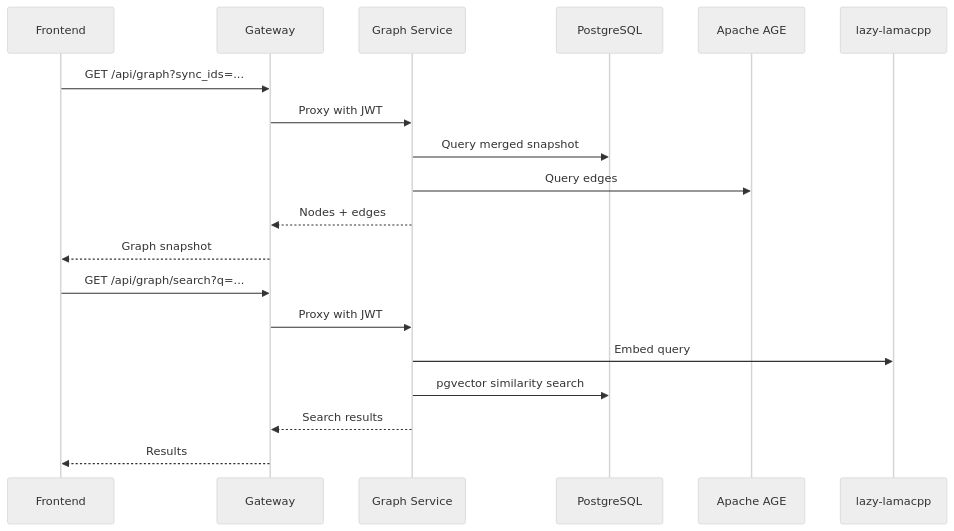
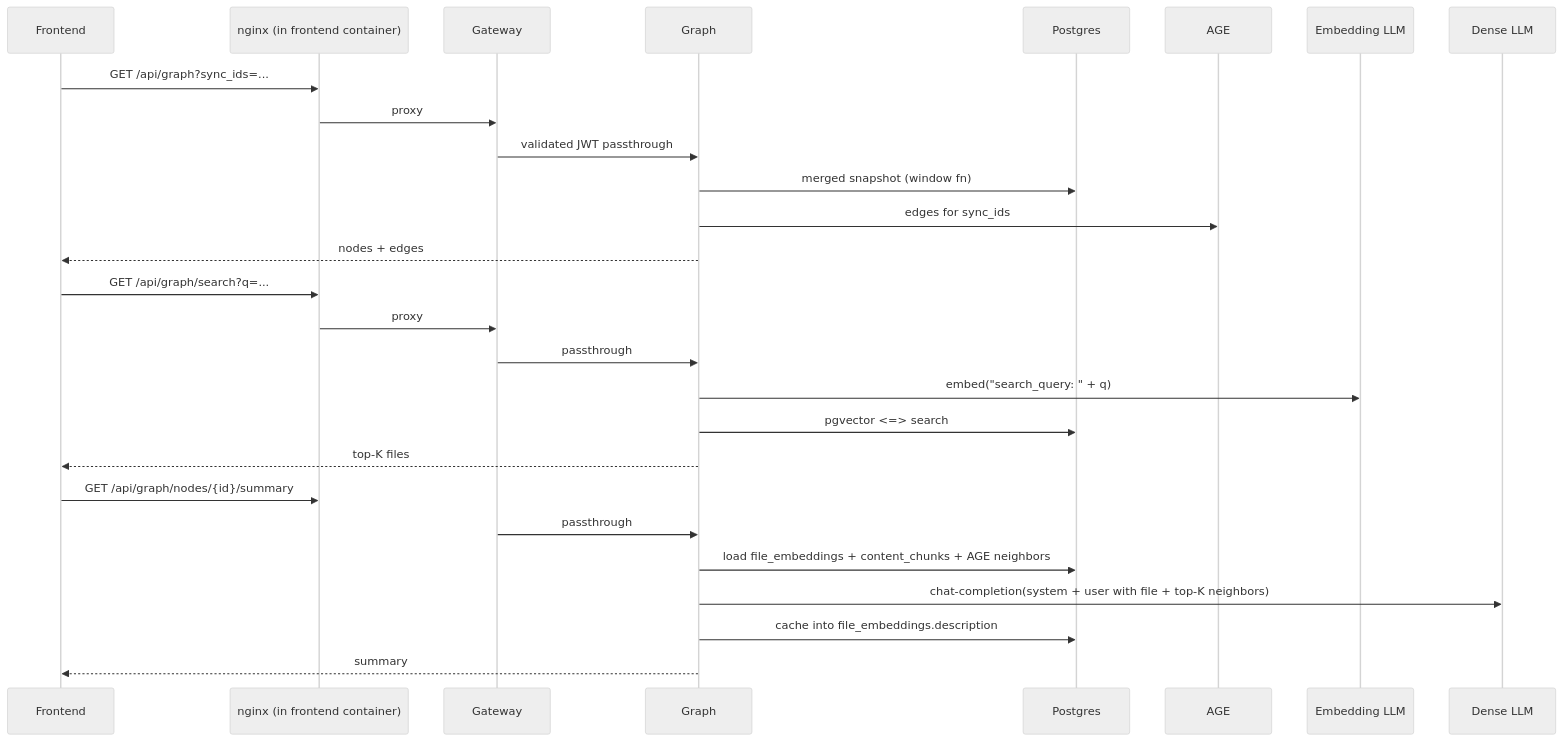
One commit to invariantcontinuum/substrate changed the third of 4 diagrams in docs/architecture/index.md. Above: the diagram before and after it, drawn with Mermaid (neutral theme). The commit also changed other lines of this file and 11 other files, not shown here.

Commit message:
docs: rewrite architecture and system-design docs for single-db, sse-only, ast chunker, enriched summary

````diff
--- a/docs/architecture/index.md
+++ b/docs/architecture/index.md
@@ -111,23 +125,32 @@
 ```mermaid
 sequenceDiagram
     participant UI as Frontend
+    participant NGX as nginx (in frontend container)
     participant GW as Gateway
-    participant GRAPH as Graph Service
-    participant PG as PostgreSQL
-    participant AGE as Apache AGE
-    participant LLM as lazy-lamacpp
+    participant GRAPH as Graph
+    participant PG as Postgres
+    participant AGE as AGE
+    participant EMB as Embedding LLM
+    participant DENSE as Dense LLM
 
-    UI->>GW: GET /api/graph?sync_ids=...
-    GW->>GRAPH: Proxy with JWT
-    GRAPH->>PG: Query merged snapshot
-    GRAPH->>AGE: Query edges
-    GRAPH-->>GW: Nodes + edges
-    GW-->>UI: Graph snapshot
+    UI->>NGX: GET /api/graph?sync_ids=...
+    NGX->>GW: proxy
+    GW->>GRAPH: validated JWT passthrough
+    GRAPH->>PG: merged snapshot (window fn)
+    GRAPH->>AGE: edges for sync_ids
+    GRAPH-->>UI: nodes + edges
 
-    UI->>GW: GET /api/graph/search?q=...
-    GW->>GRAPH: Proxy with JWT
-    GRAPH->>LLM: Embed query
-    GRAPH->>PG: pgvector similarity search
-    GRAPH-->>GW: Search results
-    GW-->>UI: Results
+    UI->>NGX: GET /api/graph/search?q=...
+    NGX->>GW: proxy
+    GW->>GRAPH: passthrough
+    GRAPH->>EMB: embed("search_query: " + q)
+    GRAPH->>PG: pgvector <=> search
+    GRAPH-->>UI: top-K files
+
+    UI->>NGX: GET /api/graph/nodes/{id}/summary
+    GW->>GRAPH: passthrough
+    GRAPH->>PG: load file_embeddings + content_chunks + AGE neighbors
+    GRAPH->>DENSE: chat-completion(system + user with file + top-K neighbors)
+    GRAPH->>PG: cache into file_embeddings.description
+    GRAPH-->>UI: summary
 ```
````
